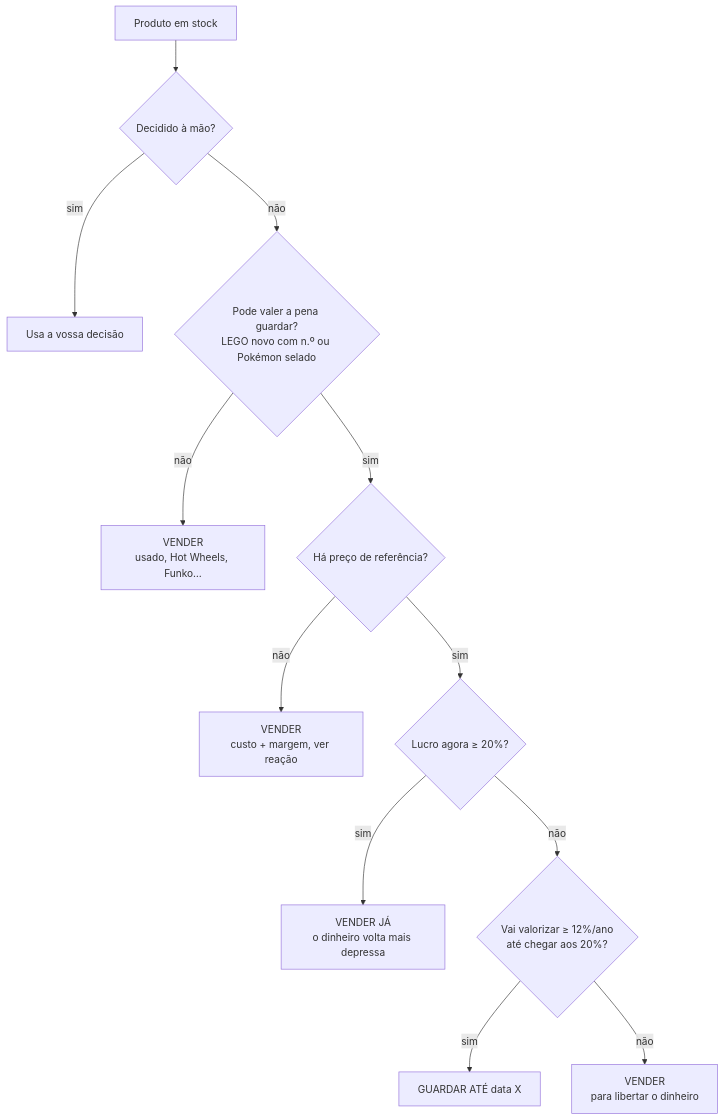
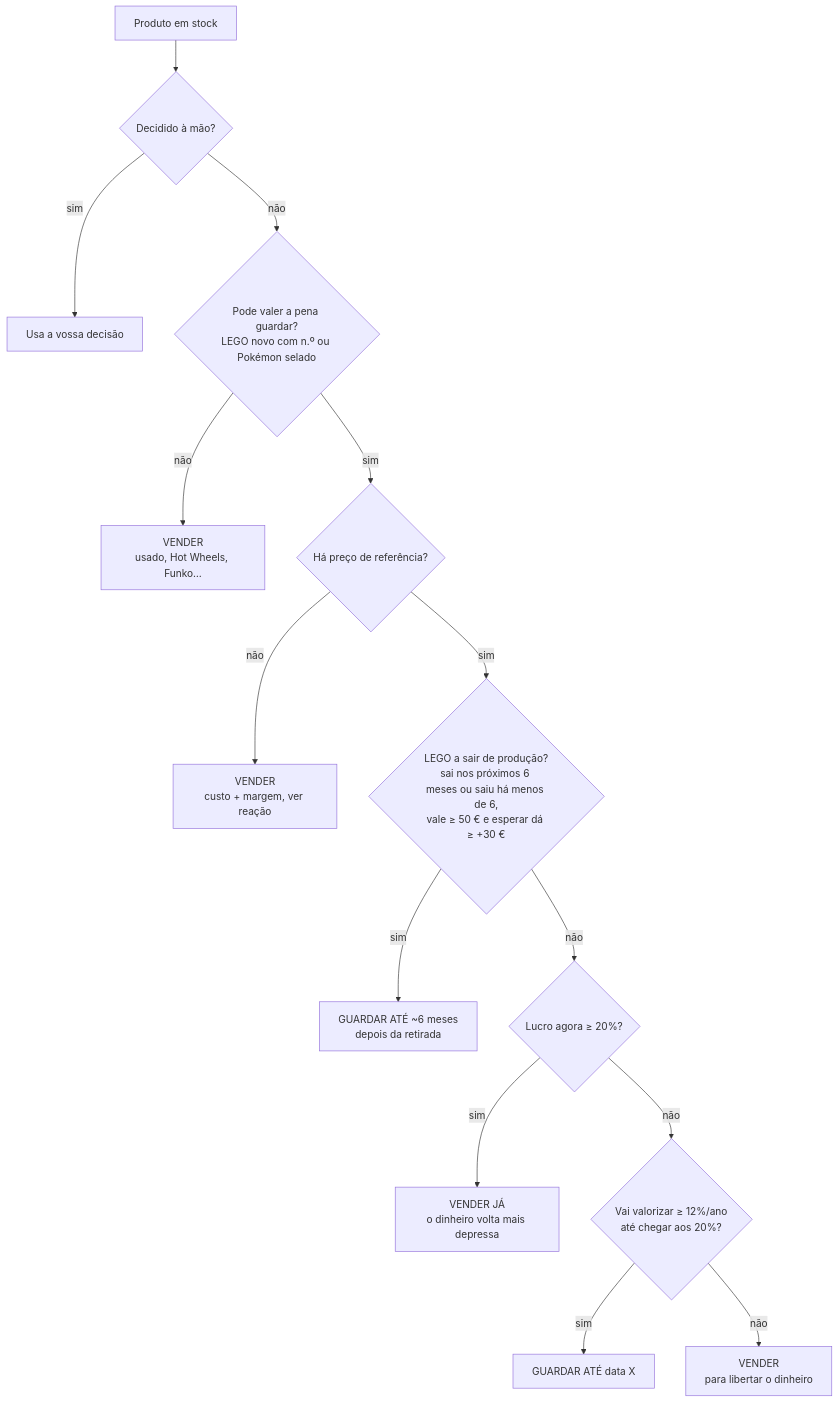
The fourth of 4 diagrams in README.md (RicardoMarquesCardoso/gestao-vinted), drawn with Mermaid before and after one commit. The commit also changed other lines of this file and 6 other files, not shown here.

First line of the commit message:
Plano: guardar sets LEGO perto da retirada até ~6 meses depois (subida da retirada), só se valerem ≥ 50 € e esperar der ≥ +30 €

````diff
--- a/README.md
+++ b/README.md
@@ -262,14 +262,16 @@
 ```mermaid
 flowchart TD
   A[Produto em stock] --> M{Decidido à mão?}
   M -- sim --> MM[Usa a vossa decisão]
   M -- não --> B{Pode valer a pena guardar?<br/>LEGO novo com n.º ou Pokémon selado}
   B -- não --> V1[VENDER<br/>usado, Hot Wheels, Funko…]
   B -- sim --> R{Há preço de referência?}
   R -- não --> V2[VENDER<br/>custo + margem, ver reação]
-  R -- sim --> L{Lucro agora ≥ 20%?}
+  R -- sim --> W{LEGO a sair de produção?<br/>sai nos próximos 6 meses ou saiu há menos de 6,<br/>vale ≥ 50 € e esperar dá ≥ +30 €}
+  W -- sim --> G2[GUARDAR ATÉ ~6 meses<br/>depois da retirada]
+  W -- não --> L{Lucro agora ≥ 20%?}
   L -- sim --> V3[VENDER JÁ<br/>o dinheiro volta mais depressa]
   L -- não --> P{Vai valorizar ≥ 12%/ano<br/>até chegar aos 20%?}
   P -- sim --> G[GUARDAR ATÉ data X]
   P -- não --> V4[VENDER<br/>para libertar o dinheiro]
 ```
````
